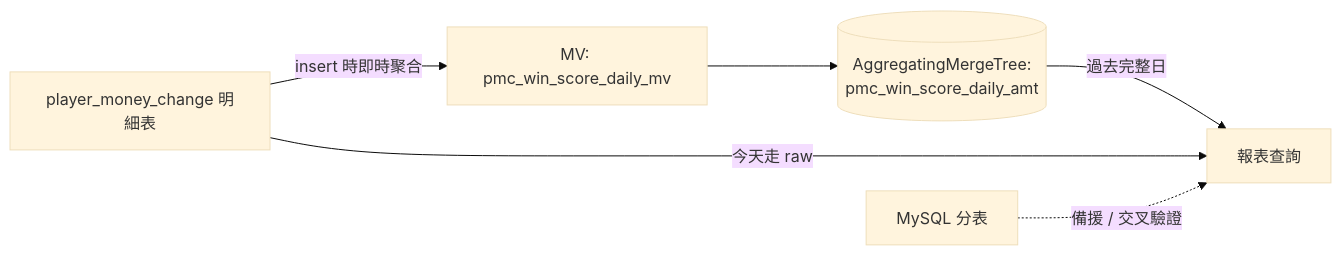
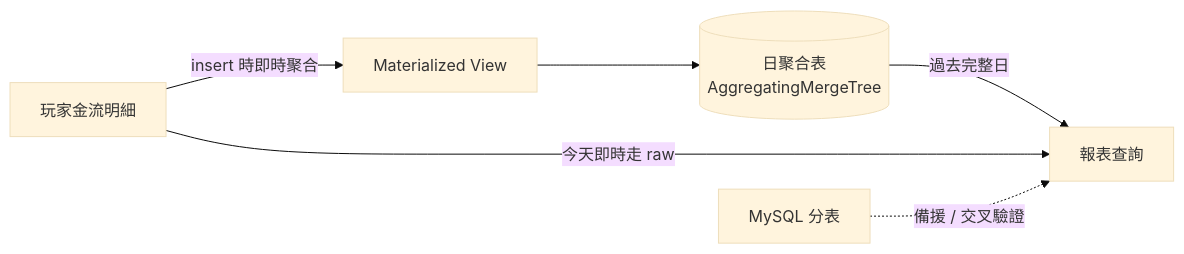
The diagram in src/content/projects/clickhouse-migration.md (leemengju/leemengju.github.io), drawn with Mermaid (base theme) before and after one commit. The commit also changed other lines of this file and 1 other file, not shown here.

````diff
--- a/src/content/projects/clickhouse-migration.md
+++ b/src/content/projects/clickhouse-migration.md
@@ -24,8 +24,8 @@
 ```mermaid
 graph LR
-  A[player_money_change 明細表] -->|insert 時即時聚合| B[MV: pmc_win_score_daily_mv]
-  B --> C[(AggregatingMergeTree:<br/>pmc_win_score_daily_amt)]
+  A[玩家金流明細] -->|insert 時即時聚合| B[Materialized View]
+  B --> C[(日聚合表<br/>AggregatingMergeTree)]
   C -->|過去完整日| D[報表查詢]
-  A -->|今天走 raw| D
+  A -->|今天即時走 raw| D
   E[MySQL 分表] -.備援 / 交叉驗證.-> D
 ```
````
